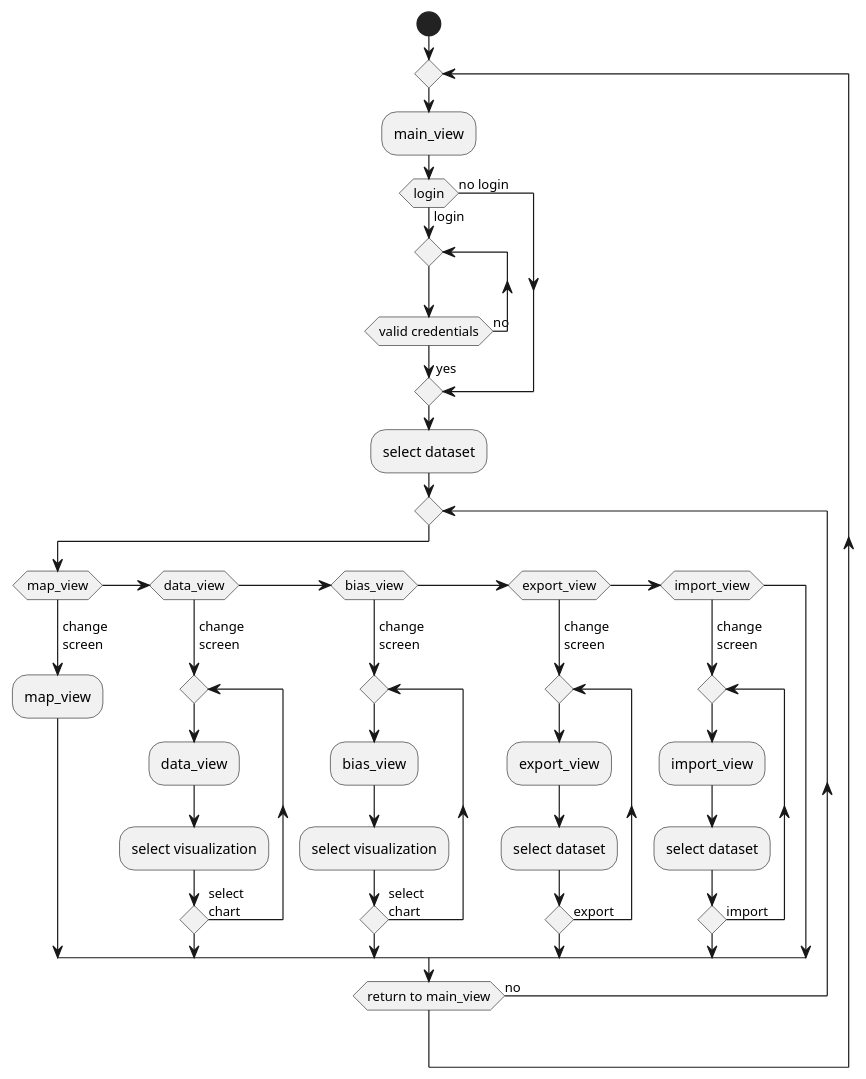
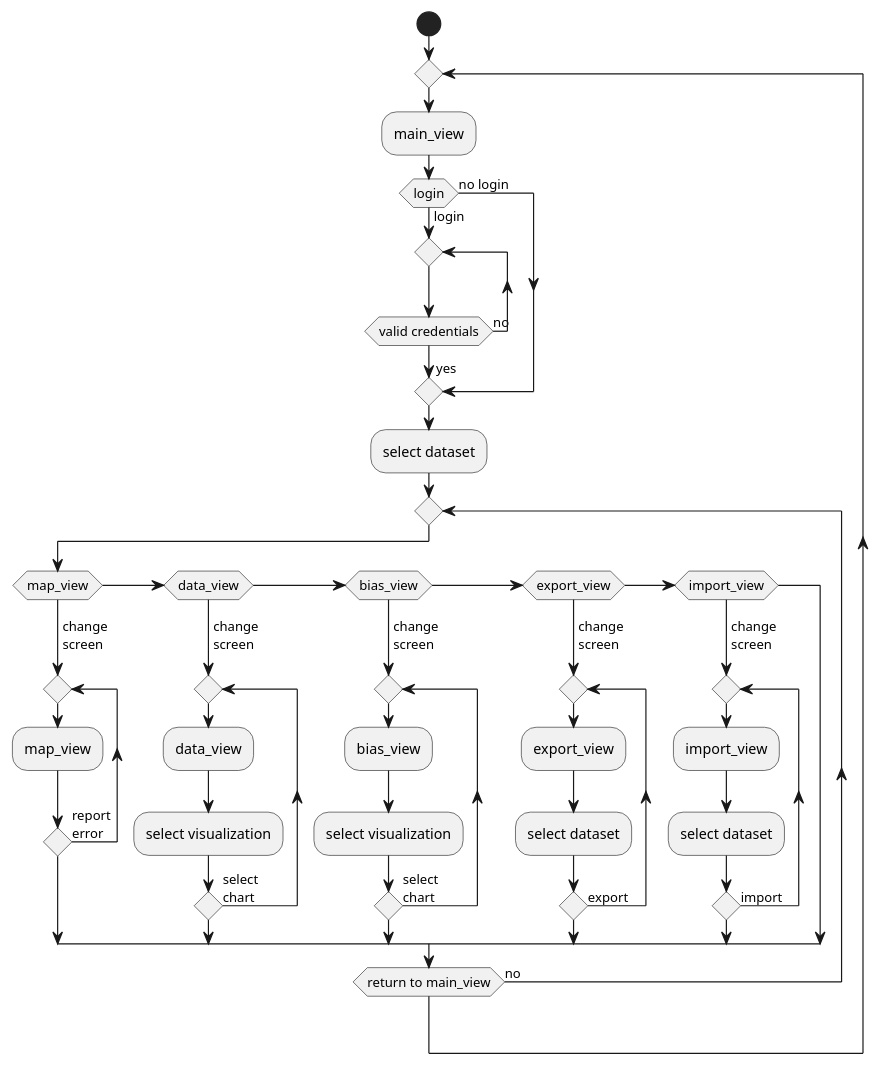
Before and after one commit to birdspotter-project/COS397: the diagram in Documentation/Deliverables/navigation_diagram.wsd, drawn with PlantUML.

Commit message:
Update navigation_diagram.wsd
add the option to report an error in map view.

```diff
--- a/Documentation/Deliverables/navigation_diagram.wsd
+++ b/Documentation/Deliverables/navigation_diagram.wsd
@@ -1,55 +1,57 @@
 @startuml
 start
 
 
 
 repeat
 
 :main_view;
 if (login) then (login)
     repeat
     repeat while (valid credentials) is (no)
     ->yes;
 else (no login)
 endif
 
 
 :select dataset;
 /'
 this nested repeat was the only way I could think of to get the
 desired flow, still not quite sure how to get the 'yes' label on
 the bottom, and leaving an unclosed repeat is probably bad form,
 but makes this look worse
 '/
 repeat
 
 if (map_view) then (\nchange\nscreen)
+    repeat
     :map_view;
+    repeat while ( ) is (report\nerror)
 elseif (data_view) then (\nchange\nscreen)
     repeat
     :data_view;
     :select visualization;
     repeat while ( ) is (select\nchart)
 elseif (bias_view) then (\nchange\nscreen)
     repeat
     :bias_view;
     :select visualization;
     repeat while ( ) is (select\nchart)
 elseif (export_view) then (\nchange\nscreen)
     repeat
     :export_view;
     :select dataset;
     repeat while ( ) is (export)
 elseif (import_view) then (\nchange\nscreen)
     repeat
     :import_view;
     :select dataset;
     repeat while ( ) is (import)
 
 endif
 
 repeat while (return to main_view) is (no)
 
 
 
 @enduml
```
